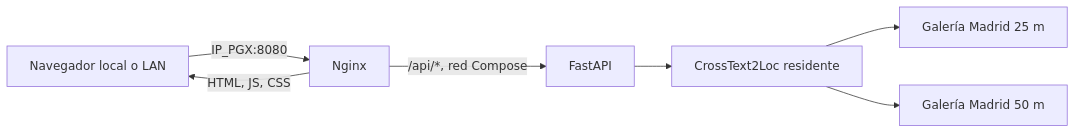
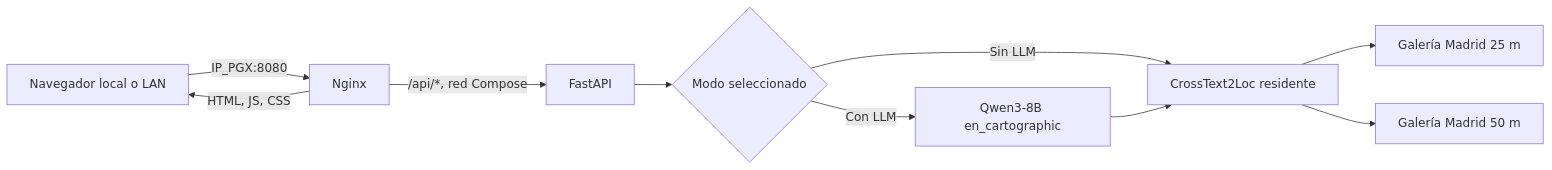
The diagram in docs/MVP.md (gaxur/TFG-geolocalizacion-textual), drawn with Mermaid before and after one commit. The commit also changed other lines of this file and 26 other files, not shown here.

````diff
--- a/docs/MVP.md
+++ b/docs/MVP.md
@@ -14,9 +14,12 @@
 ```mermaid
 flowchart LR
     B[Navegador local o LAN] -->|IP_PGX:8080| N[Nginx]
     N -->|HTML, JS, CSS| B
     N -->|/api/*, red Compose| A[FastAPI]
-    A --> R[CrossText2Loc residente]
+    A --> M{Modo seleccionado}
+    M -->|Sin LLM| R[CrossText2Loc residente]
+    M -->|Con LLM| Q[Qwen3-8B en_cartographic]
+    Q --> R
     R --> G25[Galería Madrid 25 m]
     R --> G50[Galería Madrid 50 m]
 ```
````
